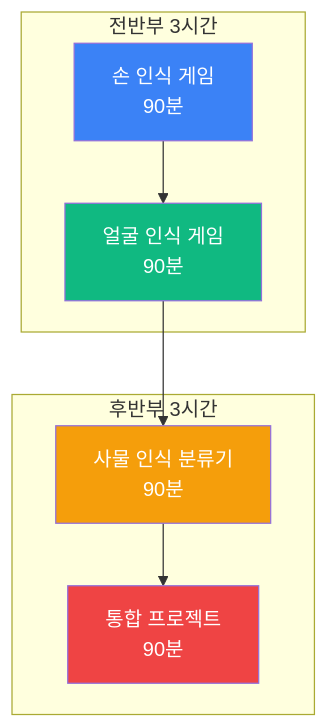
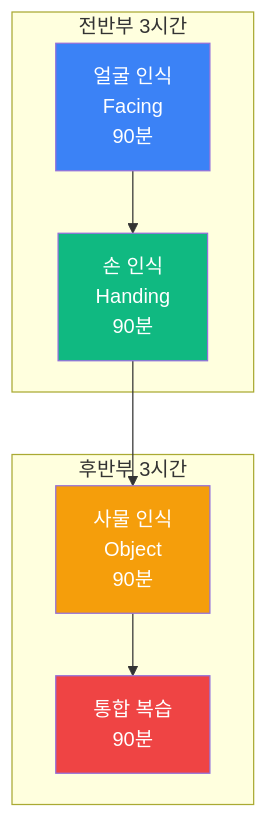
One commit to Collegenie-X/AIMakerLab_Web changed the third of 14 diagrams in documents/CURRICULUM/맛보기_블록코딩_AI비전.md. Above: the diagram before and after it, drawn with Mermaid. The commit also changed other lines of this file and 3 other files, not shown here.

````diff
--- a/documents/CURRICULUM/맛보기_블록코딩_AI비전.md
+++ b/documents/CURRICULUM/맛보기_블록코딩_AI비전.md
@@ -85,21 +138,21 @@
 ```mermaid
 graph TB
     subgraph "전반부 3시간"
-        A1[손 인식 게임<br/>90분]
-        A2[얼굴 인식 게임<br/>90분]
+        A1[얼굴 인식<br/>Facing<br/>90분]
+        A2[손 인식<br/>Handing<br/>90분]
     end
     
     subgraph "후반부 3시간"
-        B1[사물 인식 분류기<br/>90분]
-        B2[통합 프로젝트<br/>90분]
+        B1[사물 인식<br/>Object<br/>90분]
+        B2[통합 복습<br/>90분]
     end
     
     A1 --> A2
     A2 --> B1
     B1 --> B2
     
     style A1 fill:#3b82f6,color:#fff
     style A2 fill:#10b981,color:#fff
     style B1 fill:#f59e0b,color:#fff
     style B2 fill:#ef4444,color:#fff
 ```
````
